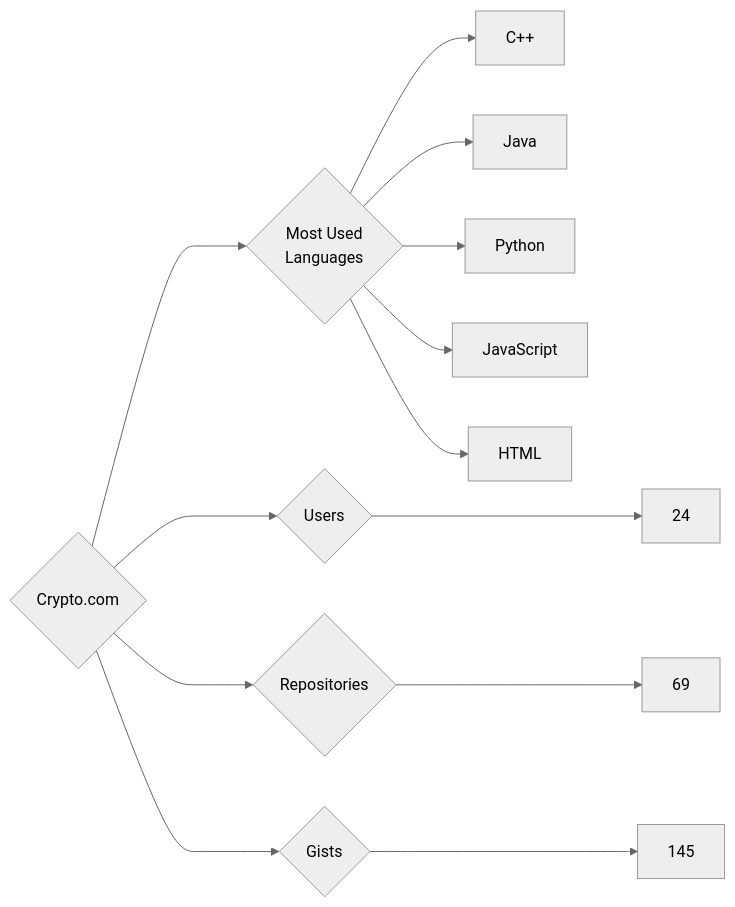
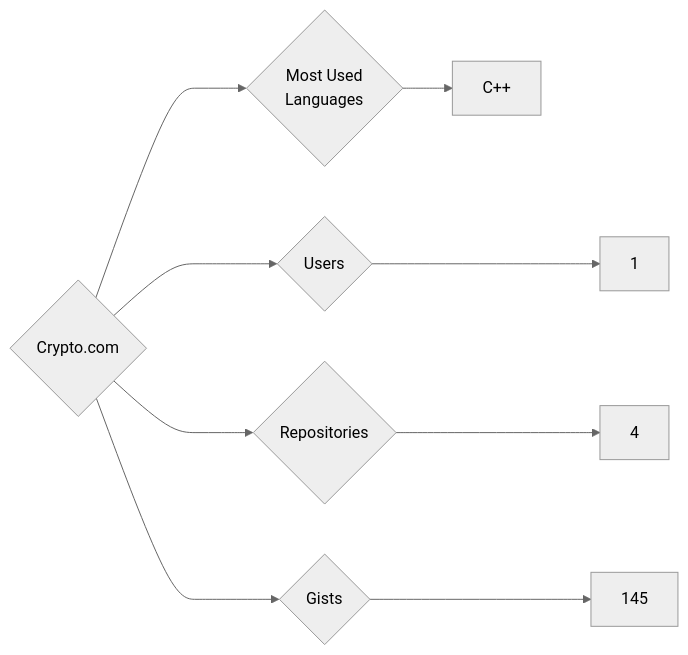
Before and after one commit to trickest/insiders: the diagram in targets/Crypto.com/README.md, drawn with Mermaid (neutral theme). The commit also changed 845 other files, not shown here.

````diff
--- a/targets/Crypto.com/README.md
+++ b/targets/Crypto.com/README.md
@@ -3,13 +3,9 @@
 ```mermaid
 graph LR
 COMPANY_NAME{Crypto.com}
-COMPANY_NAME ---> U{Users} ---> UN[24]
-COMPANY_NAME ---> R{Repositories} ---> RN[69]
+COMPANY_NAME ---> U{Users} ---> UN[1]
+COMPANY_NAME ---> R{Repositories} ---> RN[4]
 COMPANY_NAME ---> G{Gists} ---> GN[145]
 COMPANY_NAME ---> ML{Most Used<br>Languages}
 ML --> C++[C++]
-ML --> Java[Java]
-ML --> Python[Python]
-ML --> JavaScript[JavaScript]
-ML --> HTML[HTML]
 ```
````
